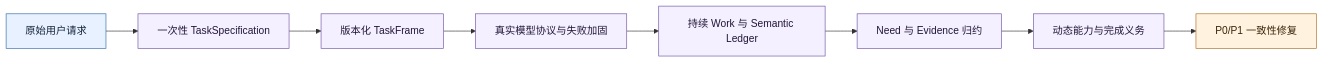
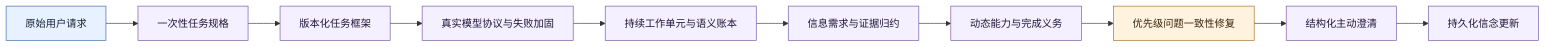
Before and after one commit to frustrated-frog/weavria: the diagram in docs/intent-understanding-evolution/README.md, drawn with Mermaid. The commit also changed other lines of this file and 14 other files, not shown here.

Commit message:
feat(harness): 持久化意图信念并确定性更新澄清回答

````diff
--- a/docs/intent-understanding-evolution/README.md
+++ b/docs/intent-understanding-evolution/README.md
@@ -33,17 +35,19 @@
 ```mermaid
 flowchart LR
-    A[原始用户请求] --> B[一次性 TaskSpecification]
-    B --> C[版本化 TaskFrame]
+    A[原始用户请求] --> B[一次性任务规格]
+    B --> C[版本化任务框架]
     C --> D[真实模型协议与失败加固]
-    D --> E[持续 Work 与 Semantic Ledger]
-    E --> F[Need 与 Evidence 归约]
+    D --> E[持续工作单元与语义账本]
+    E --> F[信息需求与证据归约]
     F --> G[动态能力与完成义务]
-    G --> H[P0/P1 一致性修复]
+    G --> H[优先级问题一致性修复]
+    H --> I[结构化主动澄清]
+    I --> J[持久化信念更新]
 
-    classDef input fill:#e8f1ff,stroke:#3569a8,color:#132238
-    classDef evolution fill:#f4f0ff,stroke:#6f52a2,color:#211638
-    classDef repair fill:#fff3df,stroke:#a86d1f,color:#3a240b
-    class A input
-    class B,C,D,E,F,G evolution
-    class H repair
+    classDef p1 fill:#e8f1ff,stroke:#3569a8,color:#132238
+    classDef e1 fill:#f4f0ff,stroke:#6f52a2,color:#211638
+    classDef r1 fill:#fff3df,stroke:#a86d1f,color:#3a240b
+    class A p1
+    class B,C,D,E,F,G,I,J e1
+    class H r1
 ```
````
